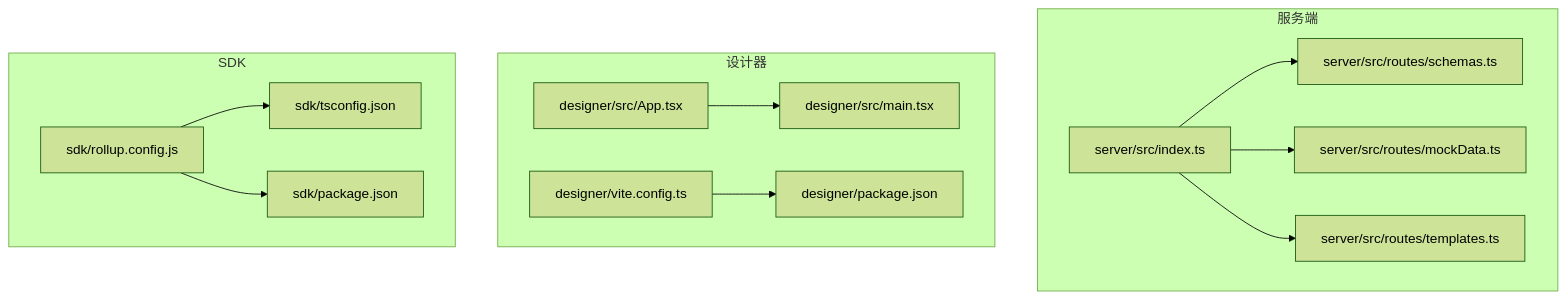
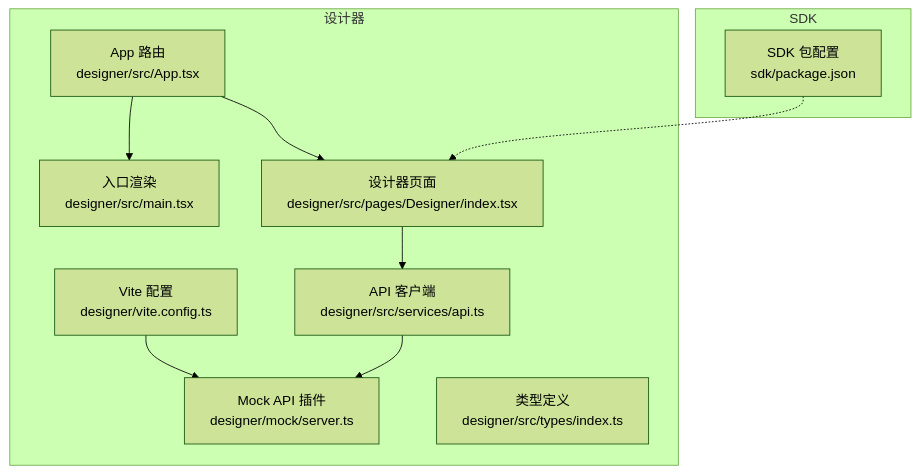
One commit to joker-yjc/printer changed the first of 8 diagrams in .qoder/repowiki/zh/content/快速开始.md. Above: the diagram before and after it, drawn with Mermaid (forest theme). The commit also changed other lines of this file and 274 other files, not shown here.

````diff
--- a/.qoder/repowiki/zh/content/快速开始.md
+++ b/.qoder/repowiki/zh/content/快速开始.md
@@ -45,27 +46,21 @@
 ```mermaid
 graph TB
-subgraph "服务端"
-S_IDX["server/src/index.ts"]
-S_SCHEMAS["server/src/routes/schemas.ts"]
-S_MOCK["server/src/routes/mockData.ts"]
-S_TEMPLATES["server/src/routes/templates.ts"]
-end
 subgraph "设计器"
-D_MAIN["designer/src/main.tsx"]
-D_APP["designer/src/App.tsx"]
-D_VITE["designer/vite.config.ts"]
-D_PKG["designer/package.json"]
+D_APP["App 路由<br/>designer/src/App.tsx"]
+D_MAIN["入口渲染<br/>designer/src/main.tsx"]
+D_DESIGNER["设计器页面<br/>designer/src/pages/Designer/index.tsx"]
+D_VITE["Vite 配置<br/>designer/vite.config.ts"]
+D_MOCK["Mock API 插件<br/>designer/mock/server.ts"]
+D_API["API 客户端<br/>designer/src/services/api.ts"]
+D_TYPES["类型定义<br/>designer/src/types/index.ts"]
 end
 subgraph "SDK"
-SDK_ROLLUP["sdk/rollup.config.js"]
-SDK_TS["sdk/tsconfig.json"]
-SDK_PKG["sdk/package.json"]
+S_PKG["SDK 包配置<br/>sdk/package.json"]
 end
-D_VITE --> D_PKG
 D_APP --> D_MAIN
-S_IDX --> S_SCHEMAS
-S_IDX --> S_MOCK
-S_IDX --> S_TEMPLATES
-SDK_ROLLUP --> SDK_TS
-SDK_ROLLUP --> SDK_PKG
+D_APP --> D_DESIGNER
+D_DESIGNER --> D_API
+D_VITE --> D_MOCK
+D_API --> D_MOCK
+S_PKG -.-> D_DESIGNER
 ```
````
